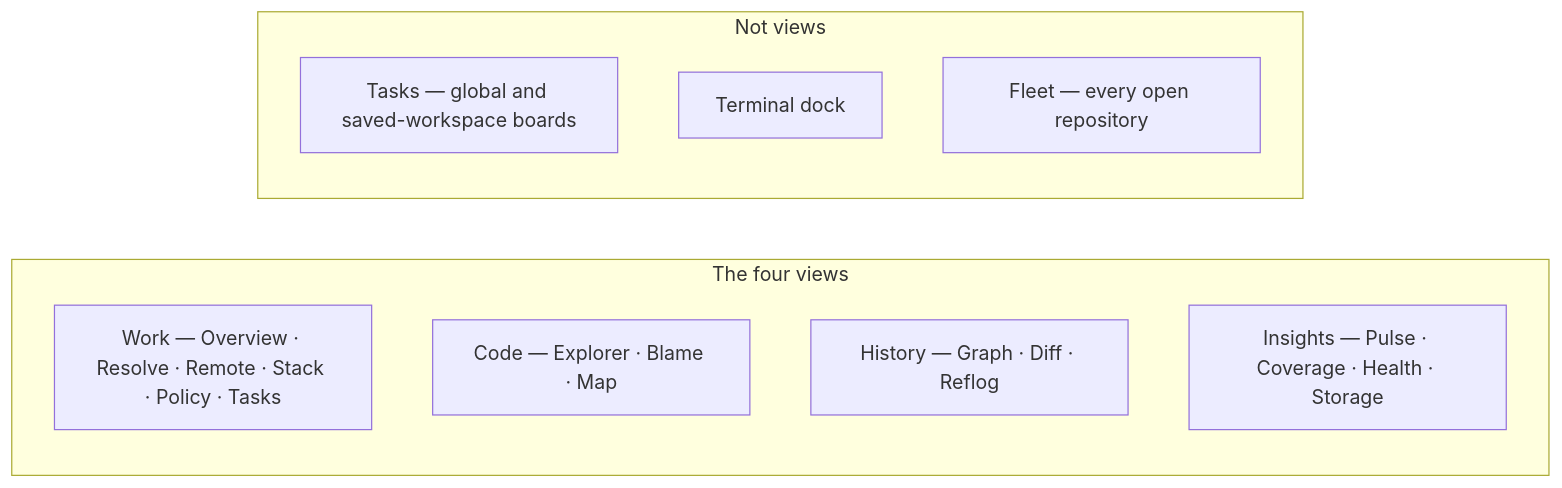
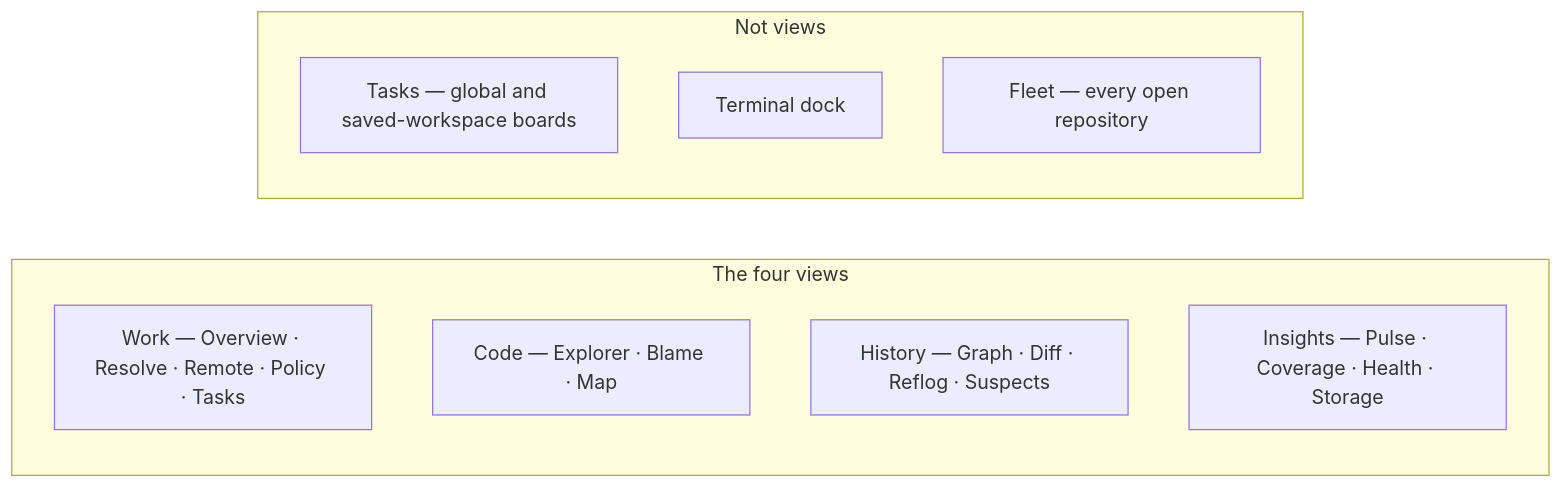
The diagram in wiki/Home.md (bharathvbcr/GitPulse), drawn with Mermaid before and after one commit. The commit also changed 9 other files, not shown here.

````diff
--- a/wiki/Home.md
+++ b/wiki/Home.md
@@ -32,14 +32,14 @@
 ```mermaid
 flowchart LR
     subgraph Views["The four views"]
-        Work["Work — Overview · Resolve · Remote · Stack · Policy · Tasks"]
+        Work["Work — Overview · Resolve · Remote · Policy · Tasks"]
         Code["Code — Explorer · Blame · Map"]
-        History["History — Graph · Diff · Reflog"]
+        History["History — Graph · Diff · Reflog · Suspects"]
         Insights["Insights — Pulse · Coverage · Health · Storage"]
     end
     subgraph Beside["Not views"]
         Tasks["Tasks — global and saved-workspace boards"]
         Terminal["Terminal dock"]
         Fleet["Fleet — every open repository"]
     end
 ```
````
